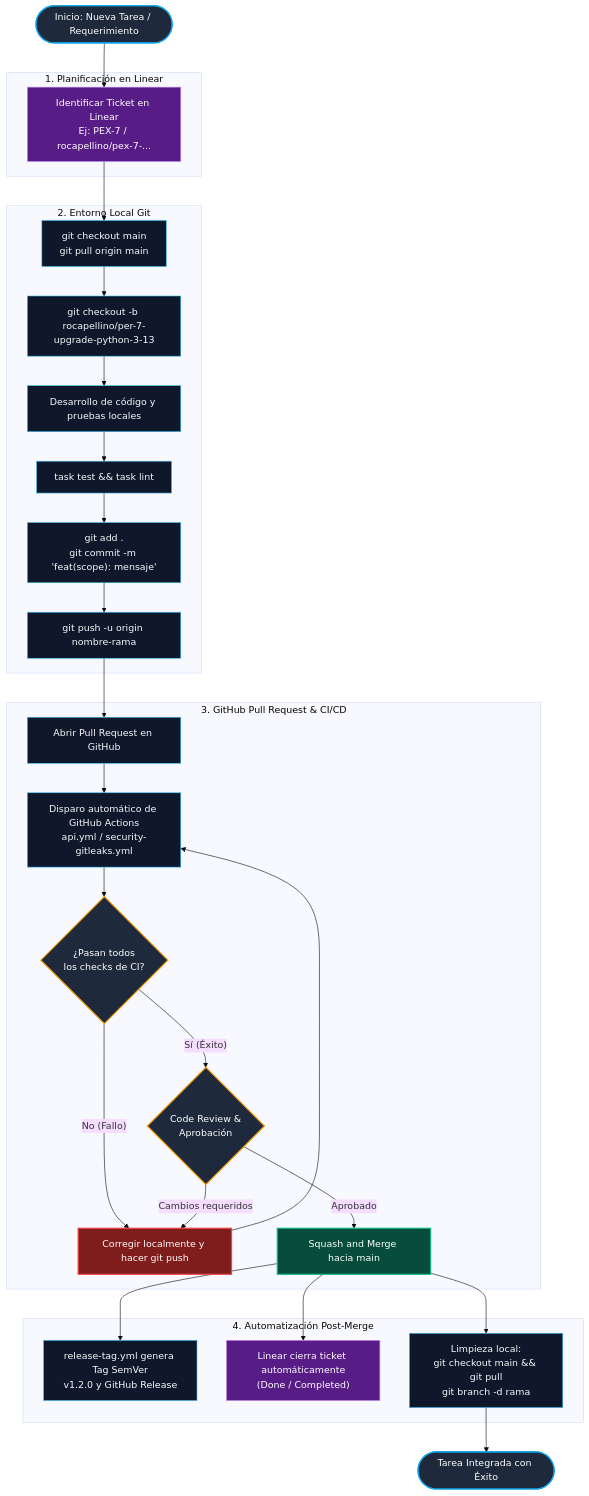
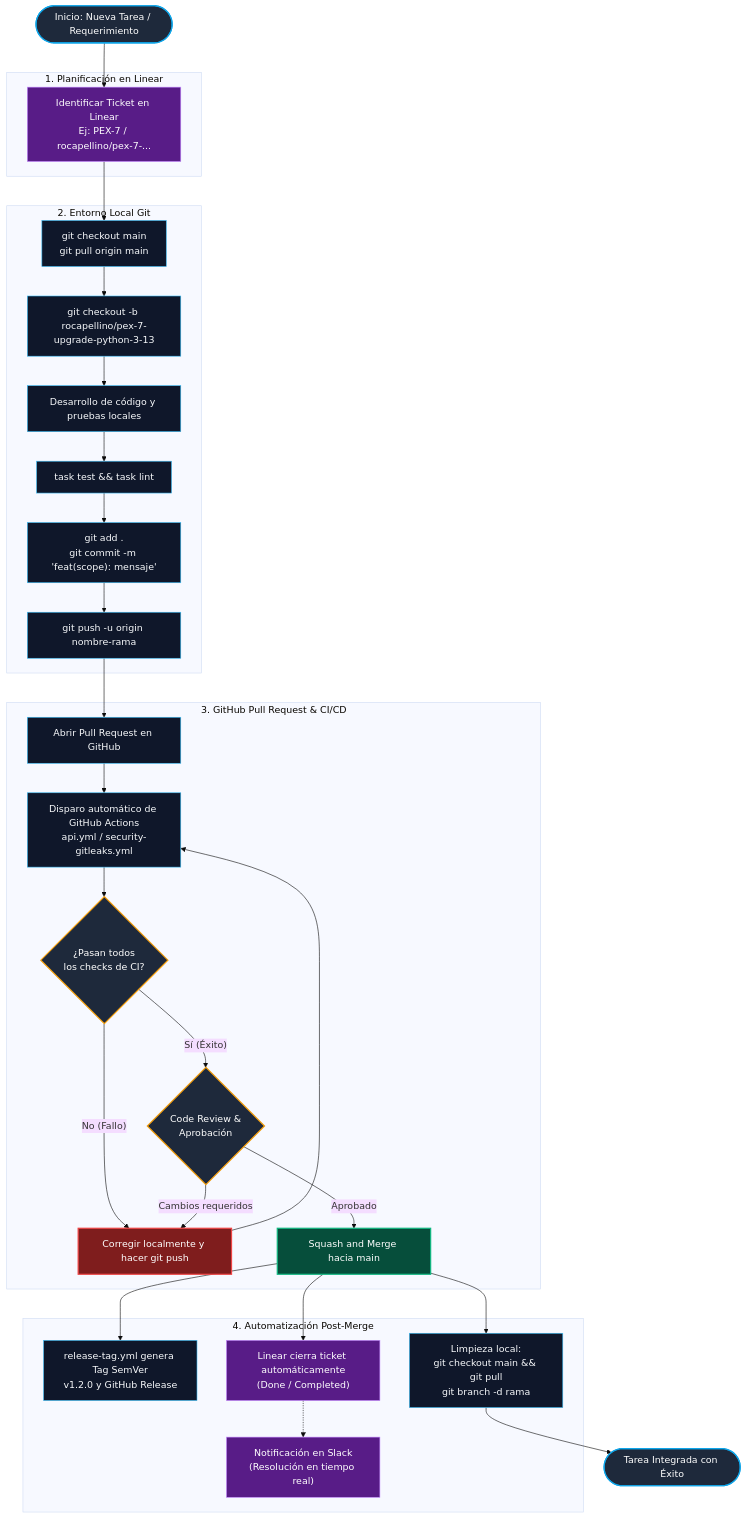
One commit to rocapellino/pokedex changed the first of 2 diagrams in docs/devops/GIT_BRANCHING_AND_MERGE_WORKFLOW.md. Above: the diagram before and after it, drawn with Mermaid (base theme). The commit also changed 3 other files, not shown here.

Commit message:
docs(chatops): documentar flujo de integracion linear con slack y alertas automaticas

````diff
--- a/docs/devops/GIT_BRANCHING_AND_MERGE_WORKFLOW.md
+++ b/docs/devops/GIT_BRANCHING_AND_MERGE_WORKFLOW.md
@@ -38,71 +38,73 @@
 ```mermaid
 flowchart TD
     %% Definición de Nodos
     Start(["Inicio: Nueva Tarea / Requerimiento"])
     
     subgraph Planificacion ["1. Planificación en Linear"]
         LinearIssue["Identificar Ticket en Linear<br/>Ej: PEX-7 / rocapellino/pex-7-..."]
     end
 
     subgraph DesarrolloLocal ["2. Entorno Local Git"]
         SyncMain["git checkout main<br/>git pull origin main"]
-        CreateBranch["git checkout -b rocapellino/per-7-upgrade-python-3-13"]
+        CreateBranch["git checkout -b rocapellino/pex-7-upgrade-python-3-13"]
         Coding["Desarrollo de código y pruebas locales"]
         LocalAudit["task test && task lint"]
         CommitChanges["git add .<br/>git commit -m 'feat(scope): mensaje'"]
         PushRemote["git push -u origin nombre-rama"]
     end
 
     subgraph RevisionGitHub ["3. GitHub Pull Request & CI/CD"]
         OpenPR["Abrir Pull Request en GitHub"]
         CIWorkflow["Disparo automático de GitHub Actions<br/>api.yml / security-gitleaks.yml"]
         CheckCI{"¿Pasan todos<br/>los checks de CI?"}
         FixLocally["Corregir localmente y hacer git push"]
         ReviewCopilot{"Code Review &<br/>Aprobación"}
         MergeToMain["Squash and Merge hacia main"]
     end
 
     subgraph PostMerge ["4. Automatización Post-Merge"]
         AutoTag["release-tag.yml genera Tag SemVer<br/>v1.2.0 y GitHub Release"]
         LinearClose["Linear cierra ticket automáticamente<br/>(Done / Completed)"]
+        SlackDone["Notificación en Slack<br/>(Resolución en tiempo real)"]
         CleanLocal["Limpieza local:<br/>git checkout main && git pull<br/>git branch -d rama"]
     end
 
     Finish(["Tarea Integrada con Éxito"])
 
     %% Conexiones
     Start --> LinearIssue
     LinearIssue --> SyncMain
     SyncMain --> CreateBranch
     CreateBranch --> Coding
     Coding --> LocalAudit
     LocalAudit --> CommitChanges
     CommitChanges --> PushRemote
     PushRemote --> OpenPR
     OpenPR --> CIWorkflow
     CIWorkflow --> CheckCI
     CheckCI -- "No (Fallo)" --> FixLocally
     FixLocally --> CIWorkflow
     CheckCI -- "Sí (Éxito)" --> ReviewCopilot
     ReviewCopilot -- "Cambios requeridos" --> FixLocally
     ReviewCopilot -- "Aprobado" --> MergeToMain
     MergeToMain --> AutoTag
     MergeToMain --> LinearClose
+    LinearClose -.-> SlackDone
     MergeToMain --> CleanLocal
     CleanLocal --> Finish
 
     %% Estilos
     classDef startEnd fill:#1e293b,stroke:#0ea5e9,stroke-width:2px,color:#fff;
     classDef gitAction fill:#0f172a,stroke:#38bdf8,stroke-width:1px,color:#f8fafc;
     classDef linearStep fill:#581c87,stroke:#c084fc,stroke-width:1px,color:#fff;
     classDef decision fill:#1e293b,stroke:#f59e0b,stroke-width:2px,color:#fff;
     classDef success fill:#064e3b,stroke:#10b981,stroke-width:2px,color:#fff;
     classDef fail fill:#7f1d1d,stroke:#ef4444,stroke-width:2px,color:#fff;
 
     class Start,Finish startEnd;
-    class LinearIssue,LinearClose linearStep;
+    class LinearIssue,LinearClose,SlackDone linearStep;
     class SyncMain,CreateBranch,Coding,LocalAudit,CommitChanges,PushRemote,OpenPR,CIWorkflow,AutoTag,CleanLocal gitAction;
     class CheckCI,ReviewCopilot decision;
     class MergeToMain success;
     class FixLocally fail;
 ```
````
